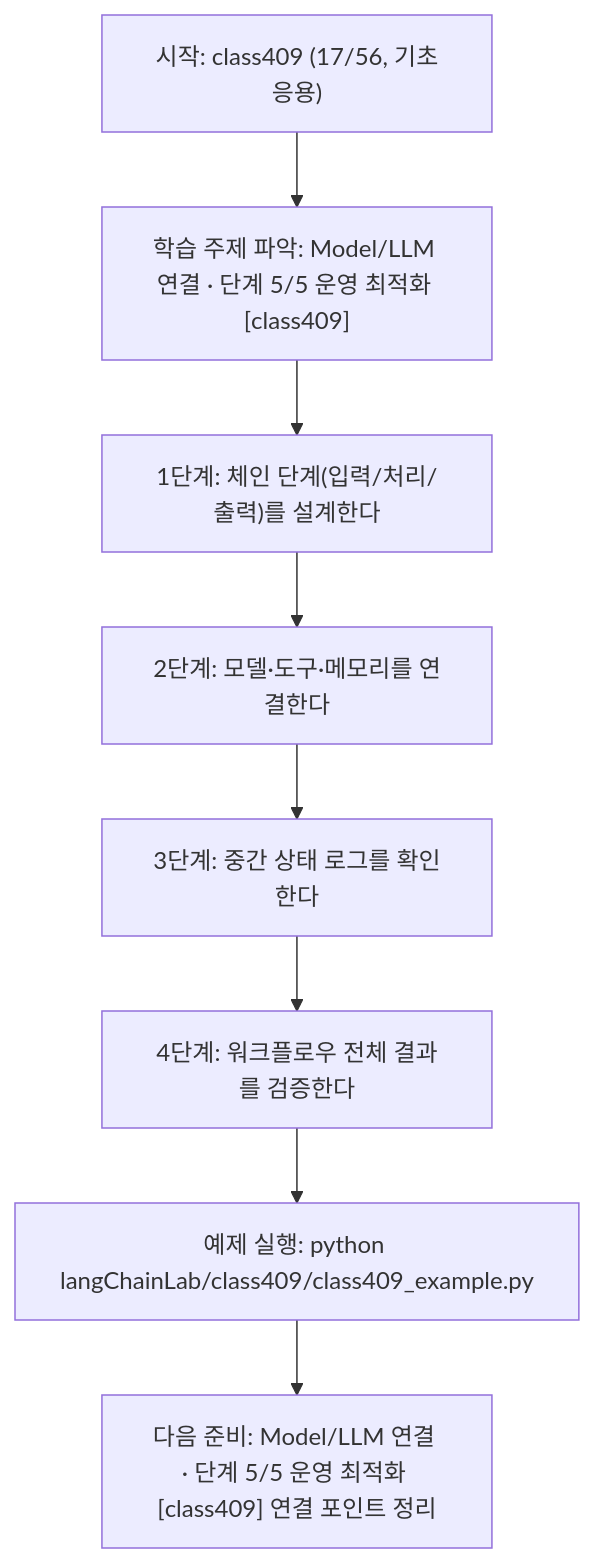
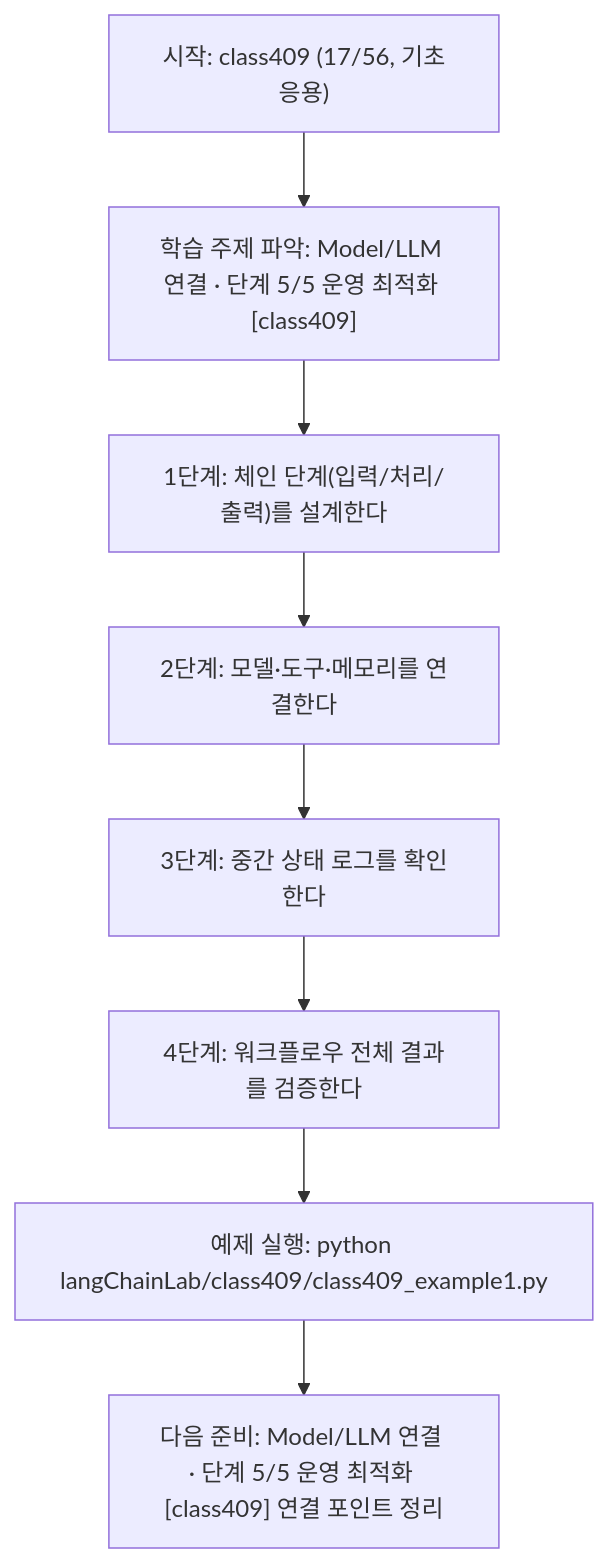
One commit to edumgt/Python-AI_Agent-Class changed the diagram in langChainLab/class409/class409.md. Above: the diagram before and after it, drawn with Mermaid. The commit also changed other lines of this file and 2959 other files, not shown here.

````diff
--- a/langChainLab/class409/class409.md
+++ b/langChainLab/class409/class409.md
@@ -110,18 +110,18 @@
 ```mermaid
 flowchart TD
 N1["시작: class409 (17/56, 기초응용)"]
 N2["학습 주제 파악: Model/LLM 연결 · 단계 5/5 운영 최적화 [class409]"]
 N3["1단계: 체인 단계(입력/처리/출력)를 설계한다"]
 N4["2단계: 모델·도구·메모리를 연결한다"]
 N5["3단계: 중간 상태 로그를 확인한다"]
 N6["4단계: 워크플로우 전체 결과를 검증한다"]
-N7["예제 실행: python langChainLab/class409/class409_example.py"]
+N7["예제 실행: python langChainLab/class409/class409_example1.py"]
 N8["다음 준비: Model/LLM 연결 · 단계 5/5 운영 최적화 [class409] 연결 포인트 정리"]
 N1 --> N2
 N2 --> N3
 N3 --> N4
 N4 --> N5
 N5 --> N6
 N6 --> N7
 N7 --> N8
 ```
````
